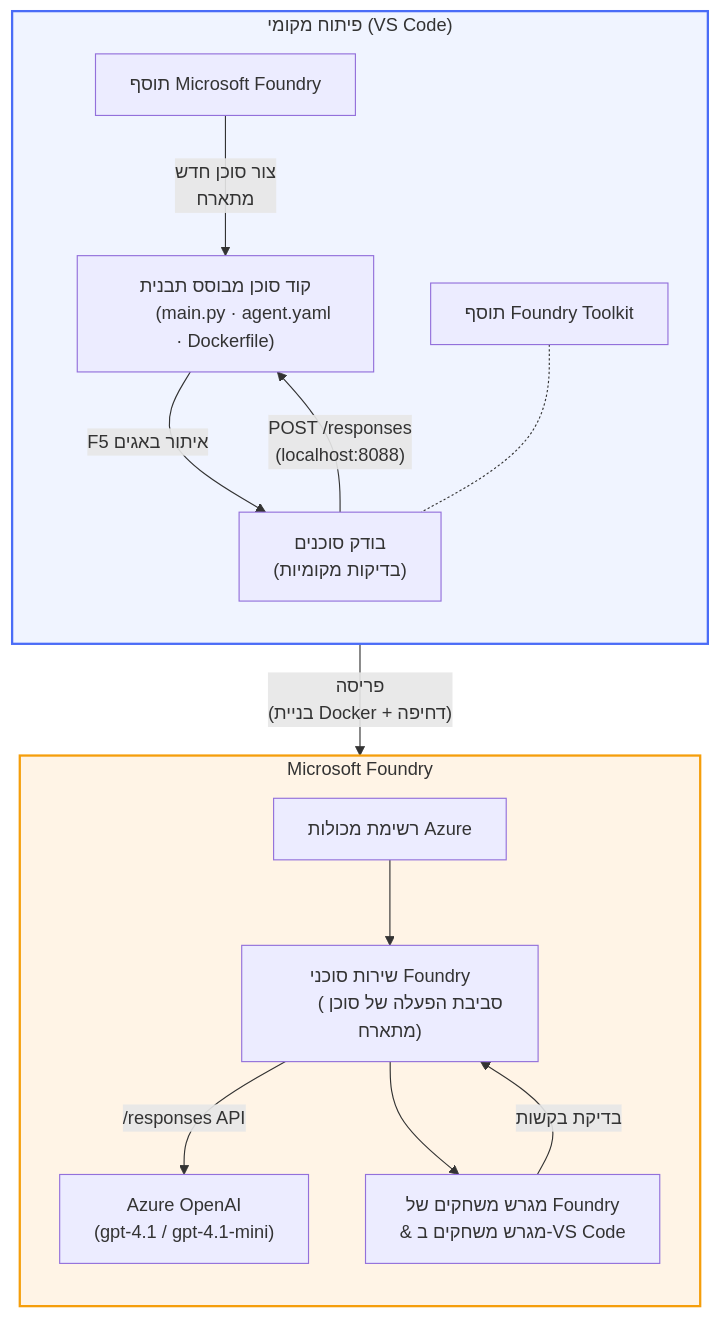
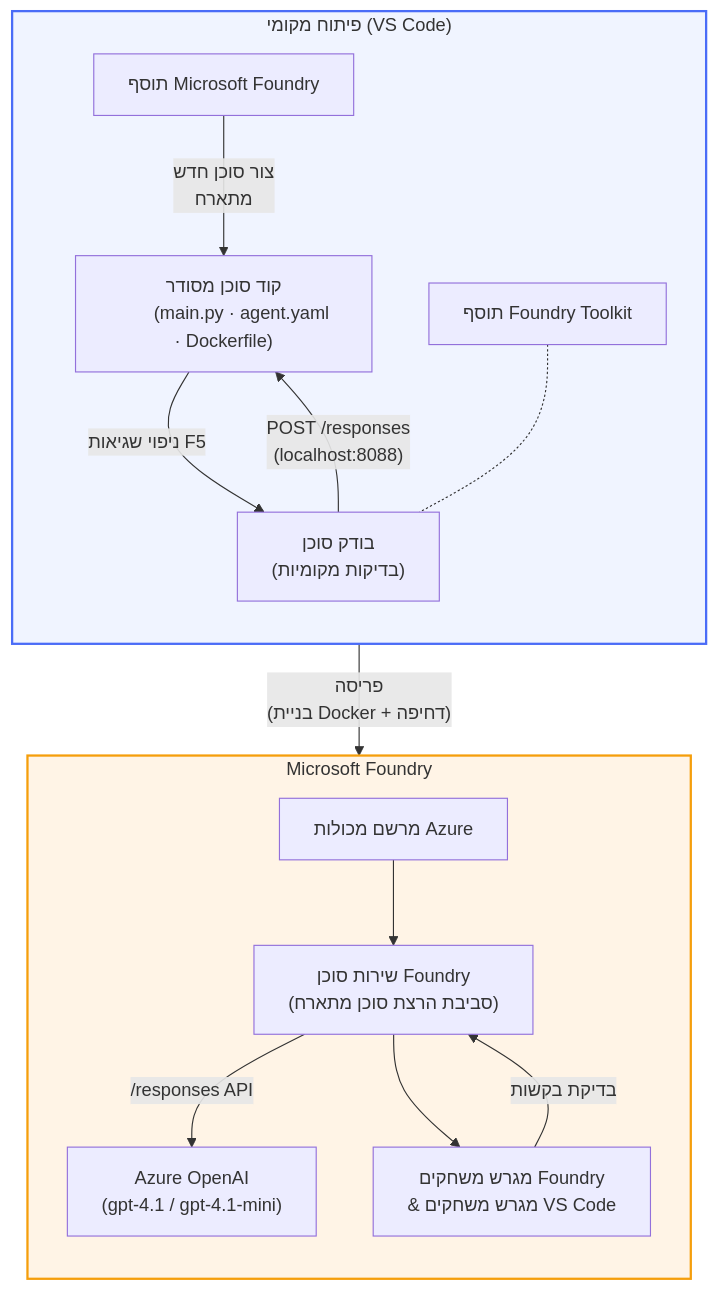
The diagram in translations/he/README.md (microsoft-foundry/Foundry_Toolkit_for_VSCode_Lab), drawn with Mermaid before and after one commit. The commit also changed other lines of this file and 110 other files, not shown here.

````diff
--- a/translations/he/README.md
+++ b/translations/he/README.md
@@ -48,39 +52,39 @@
 ```mermaid
 flowchart TB
     subgraph Local["פיתוח מקומי (VS Code)"]
         direction TB
         FE["תוסף Microsoft Foundry"]
         FoundryToolkit["תוסף Foundry Toolkit"]
-        Scaffold["קוד סוכן מבוסס תבנית
+        Scaffold["קוד סוכן מסודר
         (main.py · agent.yaml · Dockerfile)"]
-        Inspector["בודק סוכנים
+        Inspector["בודק סוכן
         (בדיקות מקומיות)"]
-        FE -- "צור סוכן חדש
+        FE -- "צור סוכן חדש 
         מתארח" --> Scaffold
-        Scaffold -- "F5 איתור באגים" --> Inspector
+        Scaffold -- "ניפוי שגיאות F5" --> Inspector
         FoundryToolkit -.- Inspector
     end
 
     subgraph Cloud["Microsoft Foundry"]
         direction TB
-        ACR["רשימת מכולות Azure"]
-        AgentService["שירות סוכני Foundry
-        (סביבת הפעלה של סוכן מתארח)"]
+        ACR["מרשם מכולות Azure"]
+        AgentService["שירות סוכן Foundry
+        (סביבת הרצת סוכן מתארח)"]
         Model["Azure OpenAI
         (gpt-4.1 / gpt-4.1-mini)"]
-        Playground["מגרש משחקים של Foundry
-        & מגרש משחקים ב-VS Code"]
+        Playground["מגרש משחקים Foundry
+        & מגרש משחקים VS Code"]
         ACR --> AgentService
         AgentService -- "/responses API" --> Model
         AgentService --> Playground
     end
 
     Scaffold -- "פריסה
     (בניית Docker + דחיפה)" --> ACR
     Inspector -- "POST /responses
     (localhost:8088)" --> Scaffold
     Playground -- "בדיקת בקשות" --> AgentService
 
     style Local fill:#f0f4ff,stroke:#4a6cf7,stroke-width:2px
     style Cloud fill:#fff4e6,stroke:#f59e0b,stroke-width:2px
 ```
````
